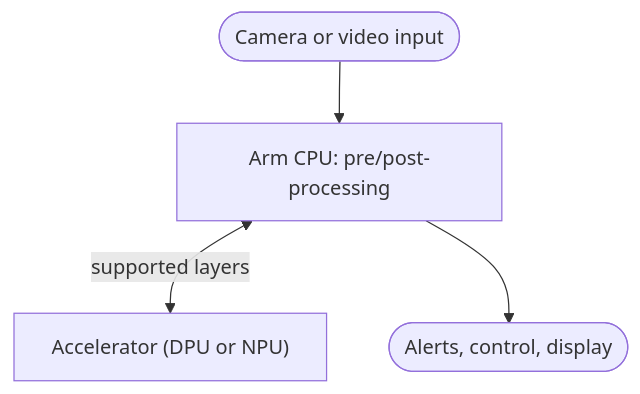
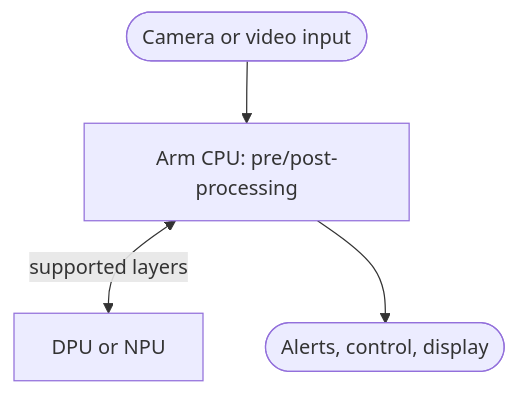
One commit to ultralytics/ultralytics changed the first of 4 diagrams in docs/en/integrations/xilinx.md. Above: the diagram before and after it, drawn with Mermaid. The commit also changed other lines of this file and 10 other files, not shown here.

First line of the commit message:
Fix Mermaid review findings and re-tune diagrams for the dagre layout

````diff
--- a/docs/en/integrations/xilinx.md
+++ b/docs/en/integrations/xilinx.md
@@ -82,6 +82,6 @@
 ```mermaid
 flowchart TD
     A([Camera or video input]) --> B["Arm CPU: pre/post-processing"]
-    B <-->|supported layers| C["Accelerator (DPU or NPU)"]
+    B <-->|supported layers| C[DPU or NPU]
     B --> D(["Alerts, control, display"])
 ```
````
